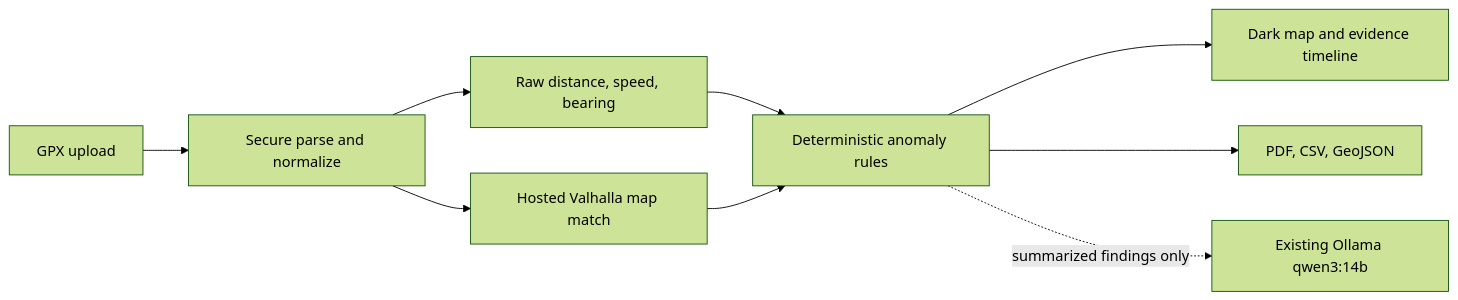
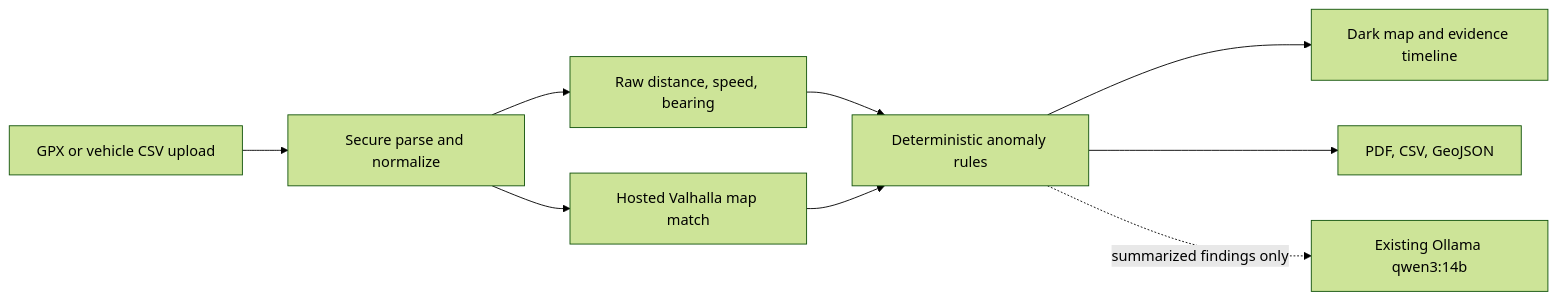
One commit to alvin-apta/gpx-analyzer changed the diagram in README.md. Above: the diagram before and after it, drawn with Mermaid (forest theme). The commit also changed other lines of this file and 6 other files, not shown here.

Commit message:
support vehicle history CSV analysis

````diff
--- a/README.md
+++ b/README.md
@@ -26,11 +26,11 @@
 ```mermaid
 flowchart LR
-  A[GPX upload] --> B[Secure parse and normalize]
+  A[GPX or vehicle CSV upload] --> B[Secure parse and normalize]
   B --> C[Raw distance, speed, bearing]
   B --> D[Hosted Valhalla map match]
   C --> E[Deterministic anomaly rules]
   D --> E
   E --> F[Dark map and evidence timeline]
   E --> G[PDF, CSV, GeoJSON]
   E -. summarized findings only .-> H[Existing Ollama qwen3:14b]
 ```
````
